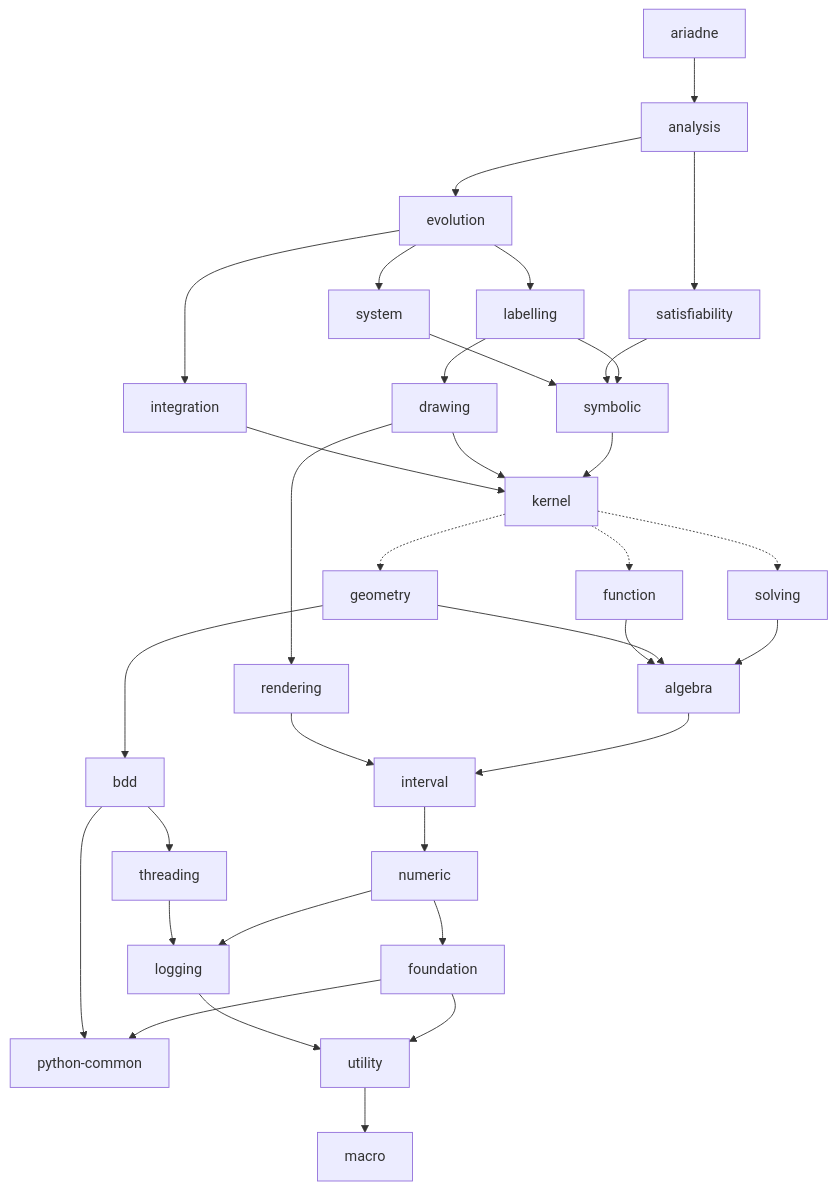
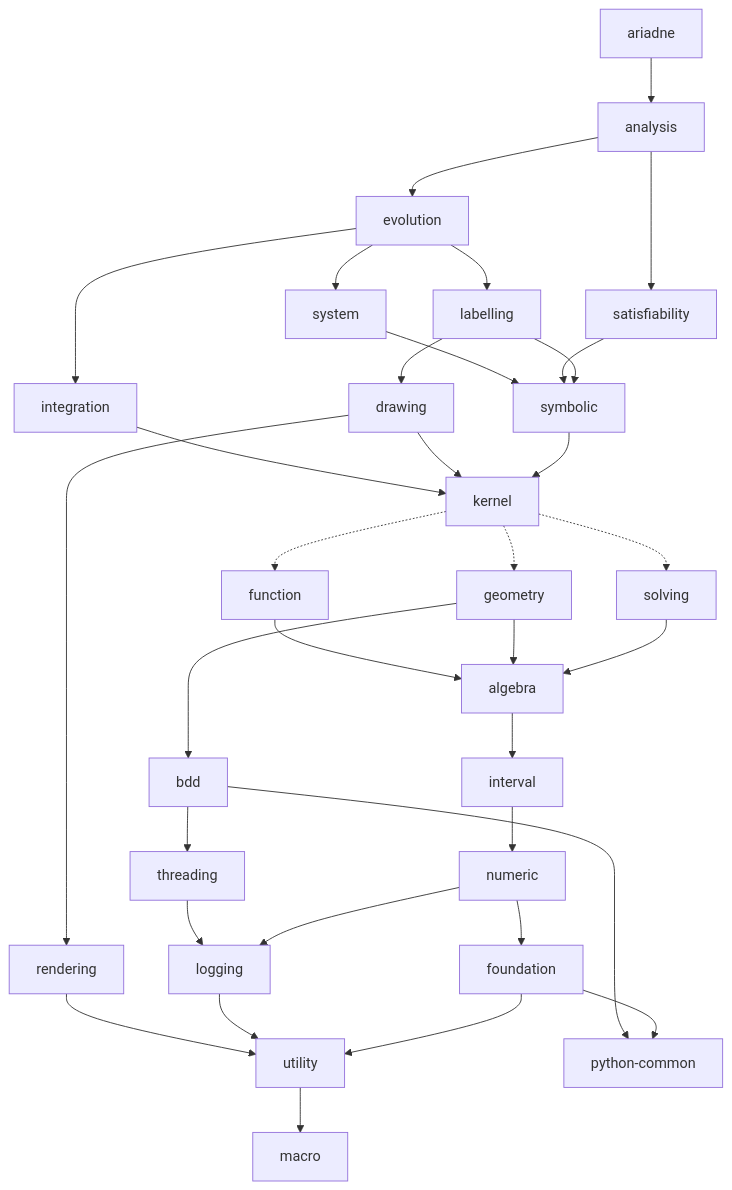
Before and after one commit to ariadne-cps/ariadne: the diagram in doc/decoupling/structure.md, drawn with Mermaid. The commit also changed other lines of this file, not shown here.

Commit message:
docs(decoupling): make rendering depend on utility

````diff
--- a/doc/decoupling/structure.md
+++ b/doc/decoupling/structure.md
@@ -38,50 +38,50 @@
 ```mermaid
 graph TD
     ariadne --> analysis
 
     analysis --> evolution
     analysis --> satisfiability
 
     evolution --> integration
     evolution --> system
     evolution --> labelling
 
     integration --> kernel
 
     system --> symbolic
 
     satisfiability --> symbolic
 
     labelling --> symbolic
     labelling --> drawing
 
     drawing --> rendering
     drawing --> kernel
 
     symbolic --> kernel
 
     function --> algebra
     geometry --> algebra
     solving --> algebra
     geometry --> bdd
-    rendering --> interval
+    rendering --> utility
 
     kernel -.-> function
     kernel -.-> geometry
     kernel -.-> solving
 
     bdd --> threading
     bdd --> python_common["python-common"]
 
     threading --> logging
     logging --> utility
     utility --> macro
 
     algebra --> interval
     interval --> numeric
     numeric --> foundation
     numeric --> logging
 
     foundation --> utility
     foundation --> python_common
 ```
````
